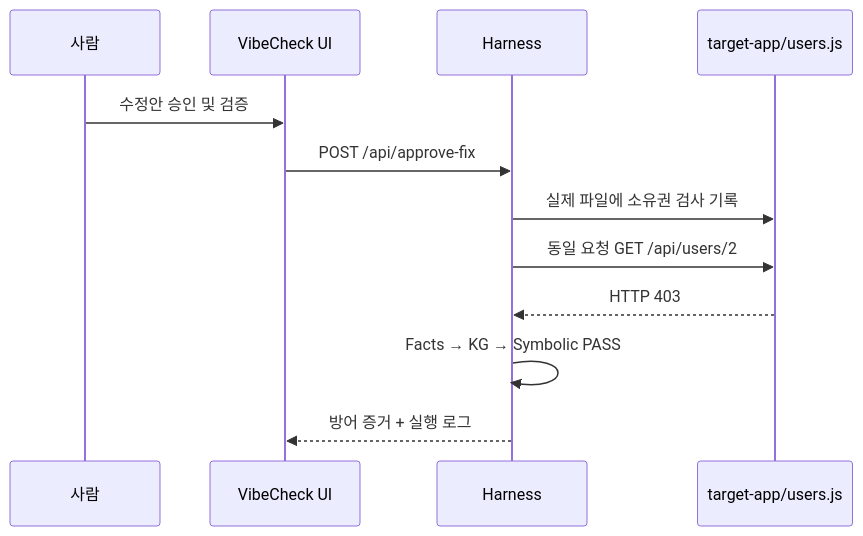
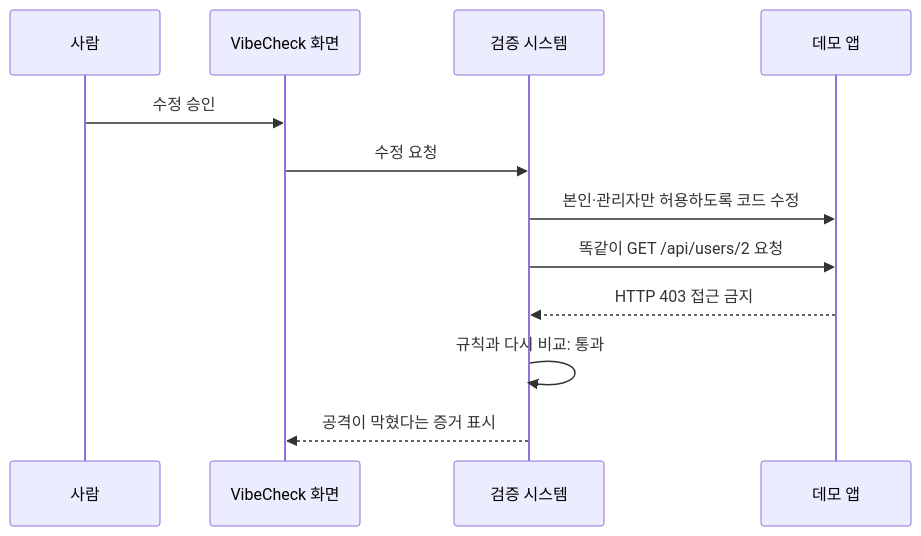
The fourth of 4 diagrams in project-context/ARCHITECTURE.md (dlwldn4824/codex_community), drawn with Mermaid before and after one commit. The commit also changed other lines of this file and 4 other files, not shown here.

Commit message:
feat: redesign VibeCheck demo dashboard

````diff
--- a/project-context/ARCHITECTURE.md
+++ b/project-context/ARCHITECTURE.md
@@ -54,14 +56,14 @@
 ```mermaid
 sequenceDiagram
   participant Human as 사람
-  participant UI as VibeCheck UI
-  participant Harness as Harness
-  participant Target as target-app/users.js
-  Human->>UI: 수정안 승인 및 검증
-  UI->>Harness: POST /api/approve-fix
-  Harness->>Target: 실제 파일에 소유권 검사 기록
-  Harness->>Target: 동일 요청 GET /api/users/2
-  Target-->>Harness: HTTP 403
-  Harness->>Harness: Facts → KG → Symbolic PASS
-  Harness-->>UI: 방어 증거 + 실행 로그
+  participant Screen as VibeCheck 화면
+  participant System as 검증 시스템
+  participant App as 데모 앱
+  Human->>Screen: 수정 승인
+  Screen->>System: 수정 요청
+  System->>App: 본인·관리자만 허용하도록 코드 수정
+  System->>App: 똑같이 GET /api/users/2 요청
+  App-->>System: HTTP 403 접근 금지
+  System->>System: 규칙과 다시 비교: 통과
+  System-->>Screen: 공격이 막혔다는 증거 표시
 ```
````
